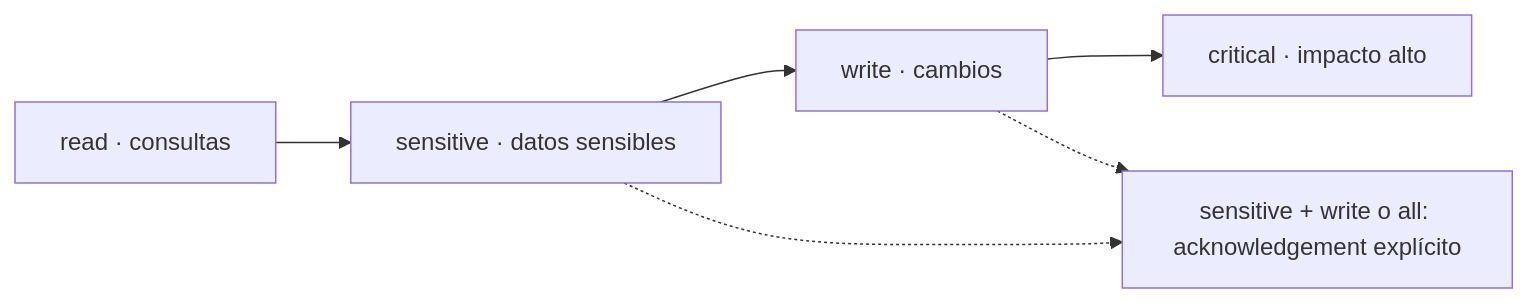
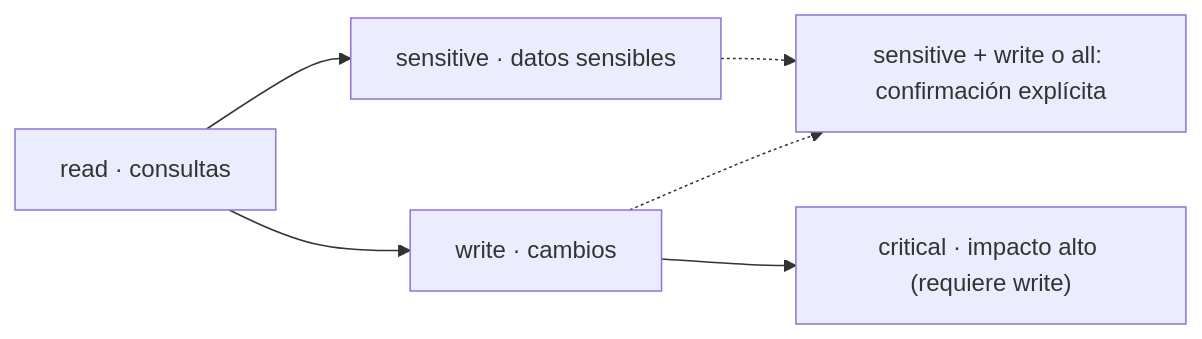
One commit to nuoframework/darktrace-mcp changed the third of 3 diagrams in README.md. Above: the diagram before and after it, drawn with Mermaid. The commit also changed other lines of this file and 32 other files, not shown here.

````diff
--- a/README.md
+++ b/README.md
@@ -102,8 +104,8 @@
 ```mermaid
 flowchart LR
     R["read · consultas"] --> S["sensitive · datos sensibles"]
-    S --> W["write · cambios"]
-    W --> C["critical · impacto alto"]
-    S -.-> A["sensitive + write o all: acknowledgement explícito"]
+    R --> W["write · cambios"]
+    W --> C["critical · impacto alto (requiere write)"]
+    S -.-> A["sensitive + write o all: confirmación explícita"]
     W -.-> A
 ```
````
